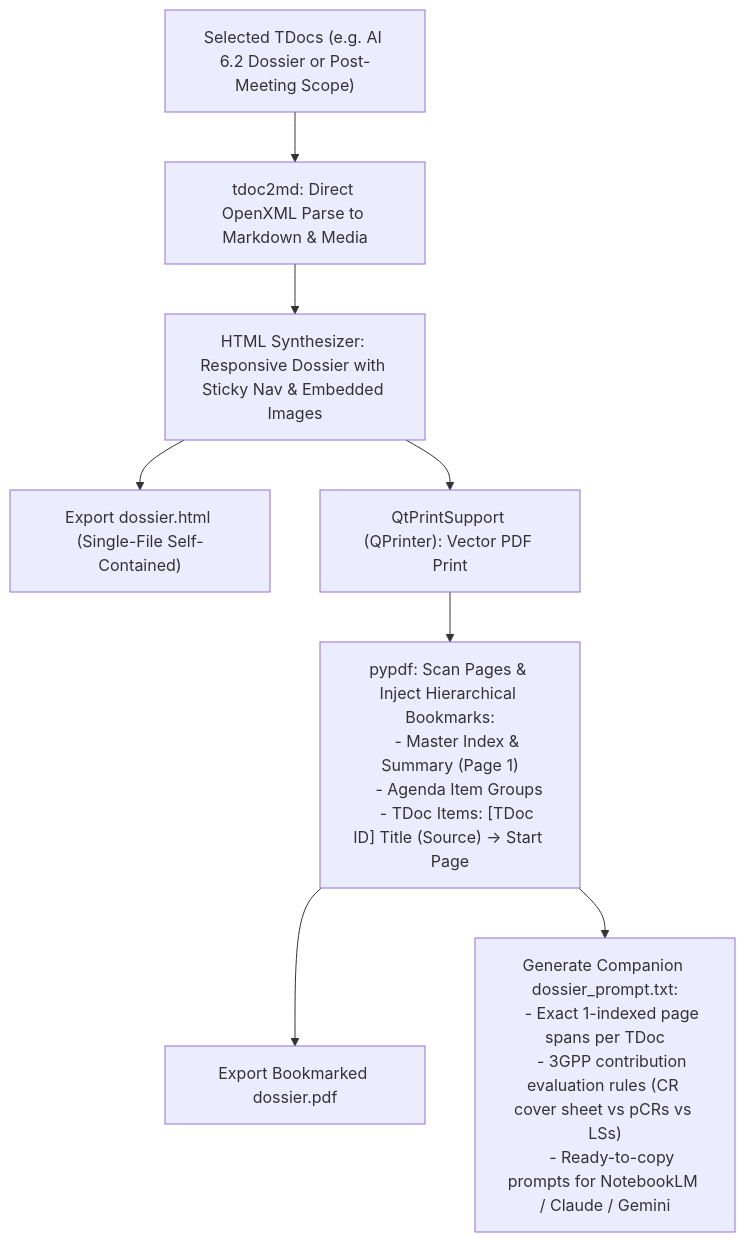
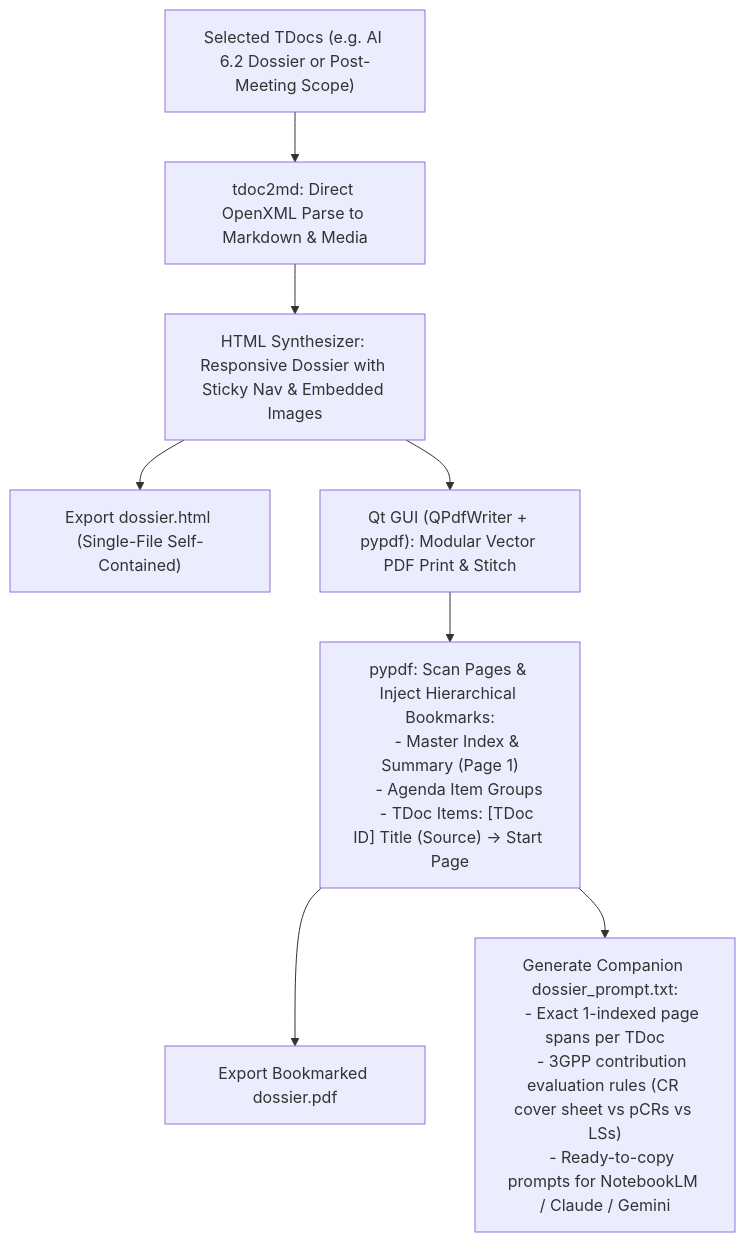
The second of 4 diagrams in 3GPP Tools/docs/LEGACY_FUNCTIONALITIES.md (telekom/3gpp-meeting-tools), drawn with Mermaid before and after one commit. The commit also changed 2 other files, not shown here.

Commit message:
fix(meetings): resolve application freeze during post-meeting dossier PDF generation
- Replace monolithic QPrinter vector printing with modular QPdfWriter section rendering and pypdf page stitching.
- Eliminate Windows print subsystem / GDI spooler deadlock on large HTML dossiers.
- Reduce PDF compilation time from unbounded hang to ~40s for 100+ documents (1,100+ pages).
- Add support for both modular (4-arg) and backward-compatible (3-arg) _render_bookmarked_pdf invocations.
- Guard PDF output generation against user cancellation requests.
- Update technical documentation in LEGACY_FUNCTIONALITIES.md and F04_bookmarked_pdf_dossier_llm_prompt.md.

````diff
--- a/3GPP Tools/docs/LEGACY_FUNCTIONALITIES.md
+++ b/3GPP Tools/docs/LEGACY_FUNCTIONALITIES.md
@@ -145,16 +145,16 @@
 ```mermaid
 flowchart TD
     Input["Selected TDocs (e.g. AI 6.2 Dossier or Post-Meeting Scope)"] --> MDExport["tdoc2md: Direct OpenXML Parse to Markdown & Media"]
     MDExport --> HTMLSynth["HTML Synthesizer: Responsive Dossier with Sticky Nav & Embedded Images"]
     HTMLSynth --> SaveHTML["Export dossier.html (Single-File Self-Contained)"]
-    HTMLSynth --> PDFEngine["QtPrintSupport (QPrinter): Vector PDF Print"]
+    HTMLSynth --> PDFEngine["Qt GUI (QPdfWriter + pypdf): Modular Vector PDF Print & Stitch"]
     PDFEngine --> Bookmarks["pypdf: Scan Pages & Inject Hierarchical Bookmarks:
     - Master Index & Summary (Page 1)
     - Agenda Item Groups
     - TDoc Items: [TDoc ID] Title (Source) -> Start Page"]
     Bookmarks --> FinalPDF["Export Bookmarked dossier.pdf"]
     Bookmarks --> PromptGen["Generate Companion dossier_prompt.txt:
     - Exact 1-indexed page spans per TDoc
     - 3GPP contribution evaluation rules (CR cover sheet vs pCRs vs LSs)
     - Ready-to-copy prompts for NotebookLM / Claude / Gemini"]
 ```
````
